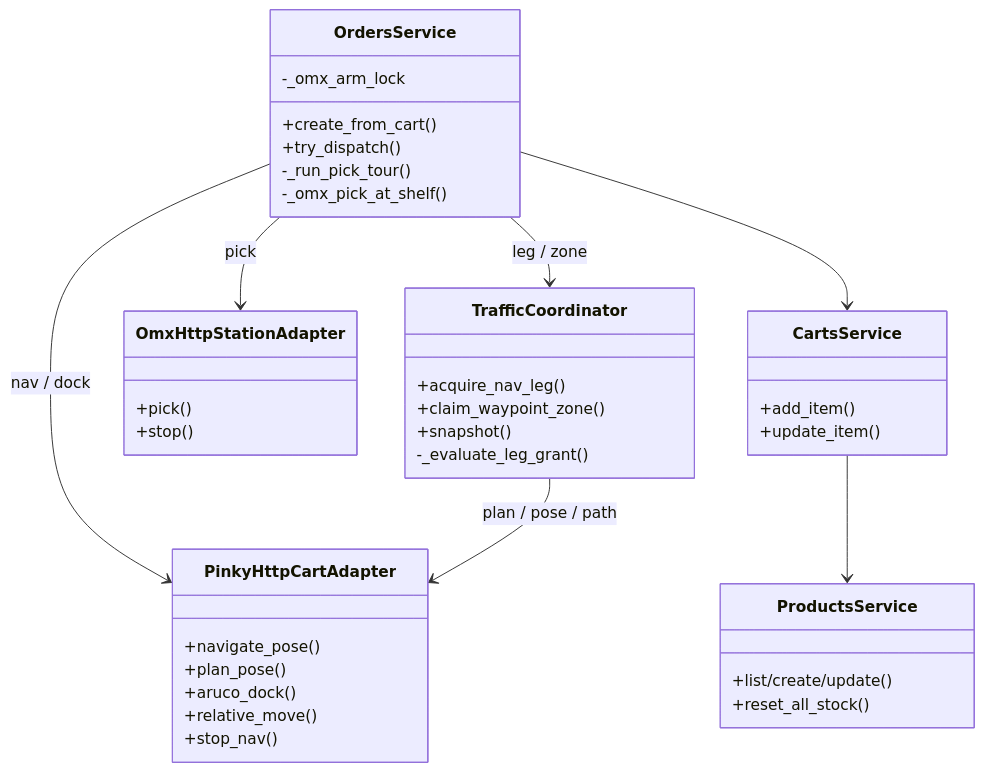
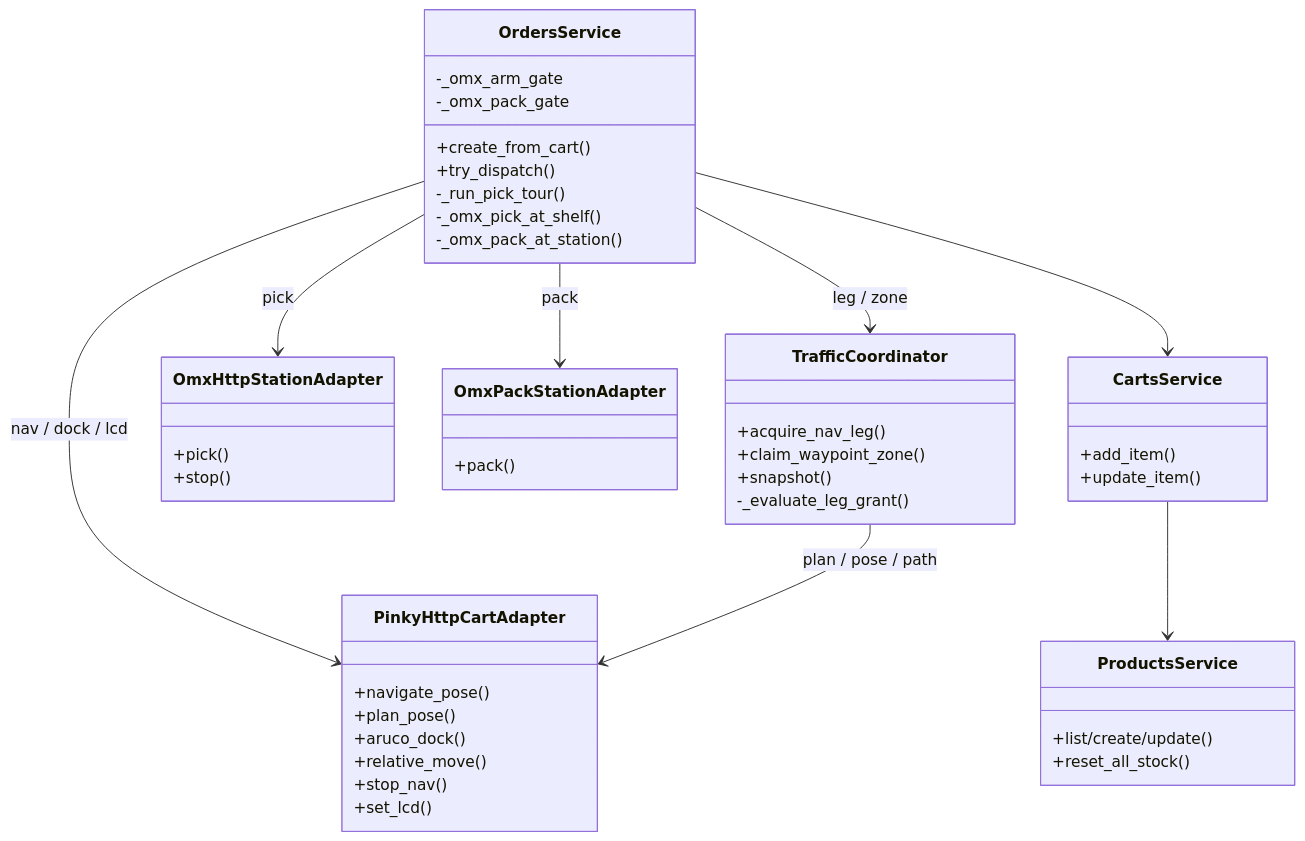
Before and after one commit to hyj07003/PS_project: the fourth of 11 diagrams in README.md, drawn with Mermaid. The commit also changed other lines of this file and 10 other files, not shown here.

````diff
--- a/README.md
+++ b/README.md
@@ -294,44 +453,51 @@
 ```mermaid
 classDiagram
   direction TB
 
   class OrdersService {
     +create_from_cart()
     +try_dispatch()
     -_run_pick_tour()
     -_omx_pick_at_shelf()
-    -_omx_arm_lock
+    -_omx_pack_at_station()
+    -_omx_arm_gate
+    -_omx_pack_gate
   }
   class TrafficCoordinator {
     +acquire_nav_leg()
     +claim_waypoint_zone()
     +snapshot()
     -_evaluate_leg_grant()
   }
   class PinkyHttpCartAdapter {
     +navigate_pose()
     +plan_pose()
     +aruco_dock()
     +relative_move()
     +stop_nav()
+    +set_lcd()
   }
   class OmxHttpStationAdapter {
     +pick()
     +stop()
+  }
+  class OmxPackStationAdapter {
+    +pack()
   }
   class ProductsService {
     +list/create/update()
     +reset_all_stock()
   }
   class CartsService {
     +add_item()
     +update_item()
   }
 
   OrdersService --> TrafficCoordinator : leg / zone
-  OrdersService --> PinkyHttpCartAdapter : nav / dock
+  OrdersService --> PinkyHttpCartAdapter : nav / dock / lcd
   OrdersService --> OmxHttpStationAdapter : pick
+  OrdersService --> OmxPackStationAdapter : pack
   OrdersService --> CartsService
   CartsService --> ProductsService
   TrafficCoordinator --> PinkyHttpCartAdapter : plan / pose / path
 ```
````
